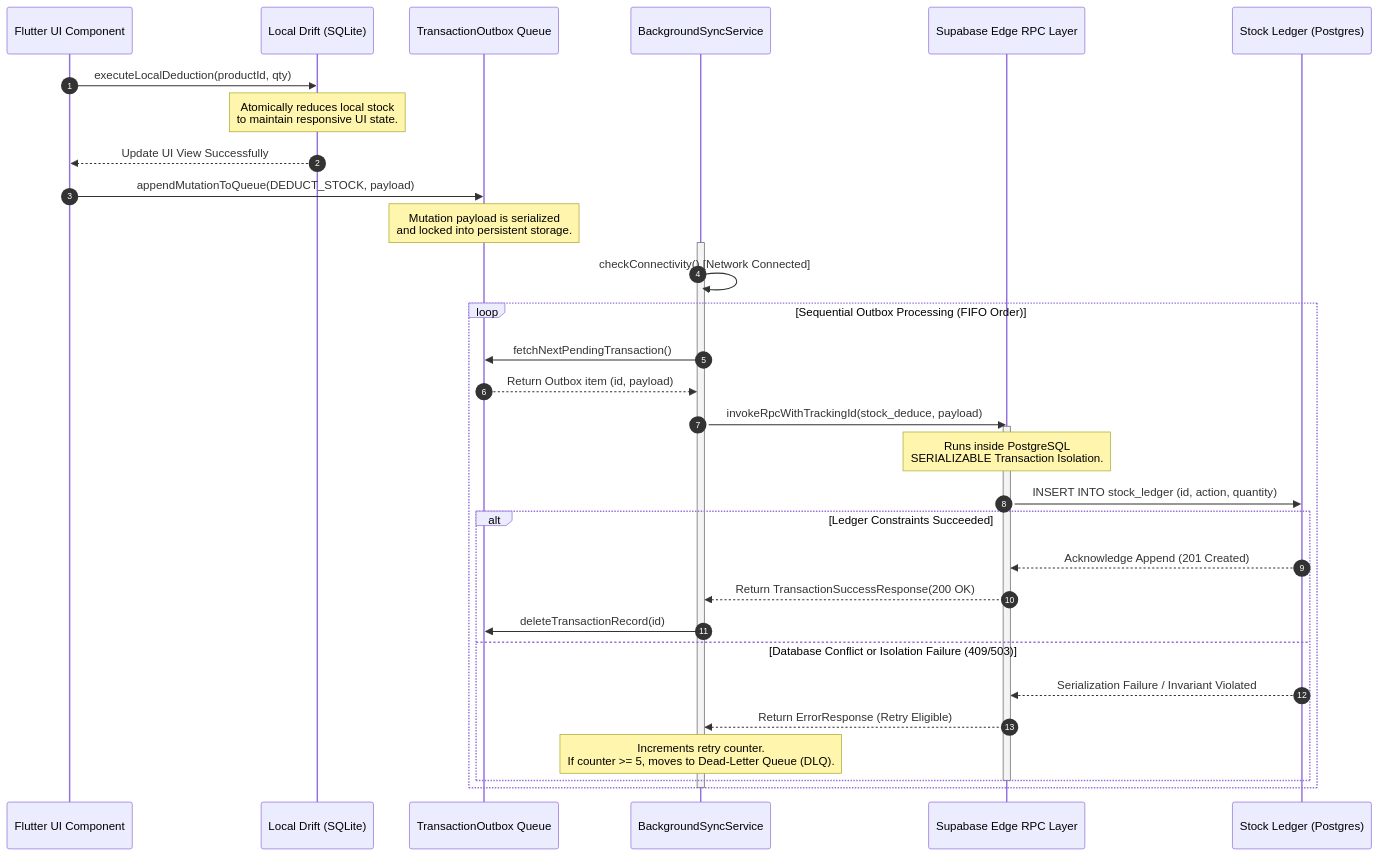
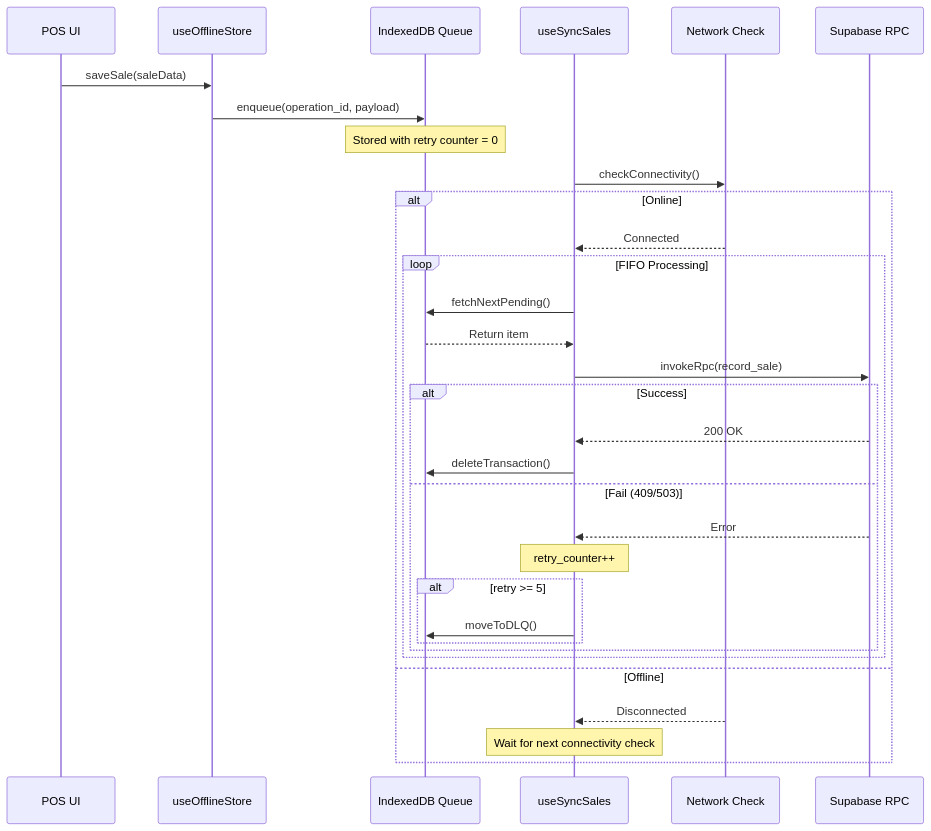
One commit to saaedimam/luckystorePOS changed the fourth of 9 diagrams in ARCHITECTURE.md. Above: the diagram before and after it, drawn with Mermaid. The commit also changed other lines of this file and 5 other files, not shown here.

Commit message:
docs: update architecture, readme, and agent guides

````diff
--- a/ARCHITECTURE.md
+++ b/ARCHITECTURE.md
@@ -124,43 +112,36 @@
 ```mermaid
 sequenceDiagram
-    autonumber
-    participant UI as Flutter UI Component
-    participant DB as Local Drift (SQLite)
-    participant Outbox as TransactionOutbox Queue
-    participant Sync as BackgroundSyncService
-    participant RPC as Supabase Edge RPC Layer
-    participant Ledger as Stock Ledger (Postgres)
+    participant UI as POS UI
+    participant Store as useOfflineStore
+    participant Queue as IndexedDB Queue
+    participant Sync as useSyncSales
+    participant Net as Network Check
+    participant RPC as Supabase RPC
 
-    UI->>DB: executeLocalDeduction(productId, qty)
-    Note over DB: Atomically reduces local stock<br/>to maintain responsive UI state.
-    DB-->>UI: Update UI View Successfully
-    
-    UI->>Outbox: appendMutationToQueue(DEDUCT_STOCK, payload)
-    Note over Outbox: Mutation payload is serialized<br/>and locked into persistent storage.
-    
-    Activate Sync
-    Sync->>Sync: checkConnectivity() [Network Connected]
-    
-    loop Sequential Outbox Processing (FIFO Order)
-        Sync->>Outbox: fetchNextPendingTransaction()
-        Outbox-->>Sync: Return Outbox item (id, payload)
-        
-        Sync->>RPC: invokeRpcWithTrackingId(stock_deduce, payload)
-        Activate RPC
-        
-        Note over RPC: Runs inside PostgreSQL<br/>SERIALIZABLE Transaction Isolation.
-        RPC->>Ledger: INSERT INTO stock_ledger (id, action, quantity)
-        
-        alt Ledger Constraints Succeeded
-            Ledger-->>RPC: Acknowledge Append (201 Created)
-            RPC-->>Sync: Return TransactionSuccessResponse(200 OK)
-            Sync->>Outbox: deleteTransactionRecord(id)
-        else Database Conflict or Isolation Failure (409/503)
-            Ledger-->>RPC: Serialization Failure / Invariant Violated
-            RPC-->>Sync: Return ErrorResponse (Retry Eligible)
-            Note over Sync: Increments retry counter.<br/>If counter >= 5, moves to Dead-Letter Queue (DLQ).
+    UI->>Store: saveSale(saleData)
+    Store->>Queue: enqueue(operation_id, payload)
+    Note over Queue: Stored with retry counter = 0
+
+    Sync->>Net: checkConnectivity()
+    alt Online
+        Net-->>Sync: Connected
+        loop FIFO Processing
+            Sync->>Queue: fetchNextPending()
+            Queue-->>Sync: Return item
+            Sync->>RPC: invokeRpc(record_sale)
+            alt Success
+                RPC-->>Sync: 200 OK
+                Sync->>Queue: deleteTransaction()
+            else Fail (409/503)
+                RPC-->>Sync: Error
+                Note over Sync: retry_counter++
+                alt retry >= 5
+                    Sync->>Queue: moveToDLQ()
+                end
+            end
         end
-        Deactivate RPC
+    else Offline
+        Net-->>Sync: Disconnected
+        Note over Sync: Wait for next connectivity check
     end
-    Deactivate Sync
 ```
````
